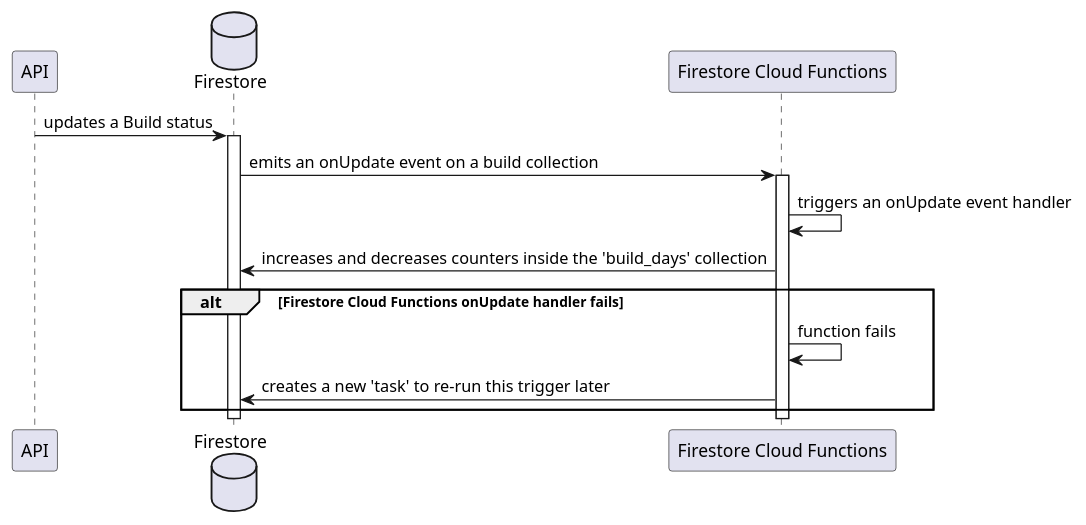
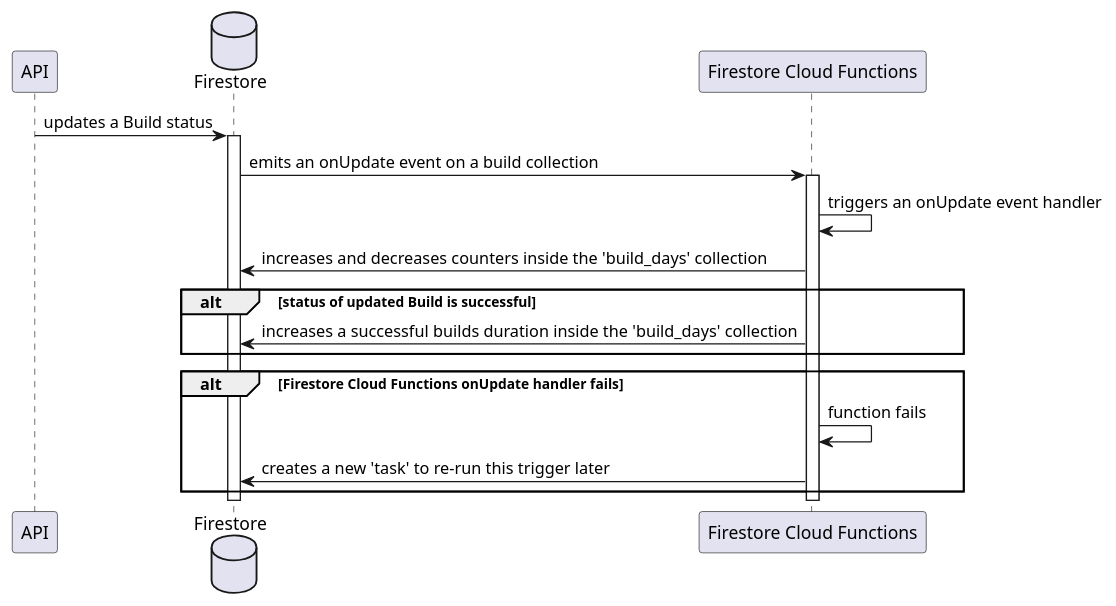
One commit to Flank/flank-dashboard changed the diagram in metrics/firebase/docs/features/builds_aggregation/diagrams/firestore_update_builds_aggregation_sequence_diagram.puml. Above: the diagram before and after it, drawn with PlantUML. The commit also changed 2 other files, not shown here.

Commit message:
docs: Update Firebase builds aggregation document (#1357)
* Update firestore builds aggregation design

* Minor fix

* Review suggestions

* Minor document improvements

* Change links to master

```diff
--- a/metrics/firebase/docs/features/builds_aggregation/diagrams/firestore_update_builds_aggregation_sequence_diagram.puml
+++ b/metrics/firebase/docs/features/builds_aggregation/diagrams/firestore_update_builds_aggregation_sequence_diagram.puml
@@ -1,27 +1,32 @@
 @startuml firestore_update_builds_aggregation_sequence_diagram
     skinparam ParticipantPadding 20
     skinparam BoxPadding 10
 
     participant API
 
     database Firestore
 
     participant "Firestore Cloud Functions" as FCF
 
     API -> Firestore : updates a Build status
     activate Firestore
 
     Firestore -> FCF : emits an onUpdate event on a build collection
     activate FCF
     
     FCF -> FCF : triggers an onUpdate event handler
-    FCF -> Firestore : increases and decreases counters inside the 'build_days' collection
+    FCF -> Firestore : increases and decreases counters inside the 'build_days' collection    
+    
+    alt status of updated Build is successful
+        FCF -> Firestore : increases a successful builds duration inside the 'build_days' collection
+    end
+
     alt Firestore Cloud Functions onUpdate handler fails
         FCF -> FCF : function fails
         FCF -> Firestore : creates a new 'task' to re-run this trigger later
     end
 
     deactivate FCF
     deactivate Firestore
 
 @enduml
```
